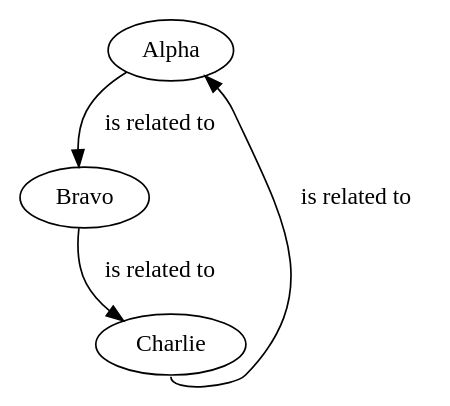
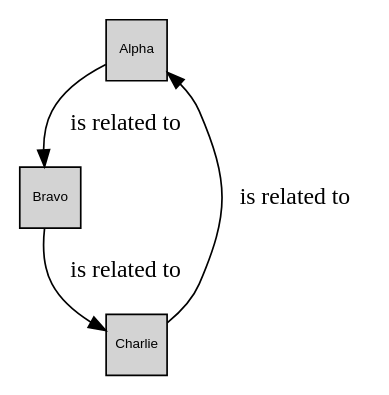
Before and after one commit to jjlong150/ExcelToGraphviz: the fourth of 15 diagrams in docs/create/README.md, drawn with Graphviz. The commit also changed other lines of this file and 25 other files, not shown here.

````diff
--- a/docs/create/README.md
+++ b/docs/create/README.md
@@ -193,14 +210,13 @@
 ```dot
-    strict digraph "main"
-    {
-        layout="dot";
-        rankdir="TB";
-
-        "a" -> "b"[ label="is related to" ];
-        "b" -> "c"[ label="is related to" ];
-        "c":"s" -> "a"[ label="is related to" ];
-        "a"[ label="Alpha" ];
-        "b"[ label="Bravo" ];
-        "c"[ label="Charlie" ];
-    }
+strict digraph "main"
+{
+    layout="dot";
+    
+    "a" -> "b"[ label="is related to" ];
+    "b" -> "c"[ label="is related to" ];
+    "c" -> "a"[ label="is related to" ];
+    "a"[ shape="square" height="0.5" width="0.5" fixedsize="True" style="filled" penwidth="1" fontname="Arial" fontsize="8" label="Alpha" ];
+    "b"[ shape="square" height="0.5" width="0.5" fixedsize="True" style="filled" penwidth="1" fontname="Arial" fontsize="8" label="Bravo" ];
+    "c"[ shape="square" height="0.5" width="0.5" fixedsize="True" style="filled" penwidth="1" fontname="Arial" fontsize="8" label="Charlie" ];
+}
 ```
````
